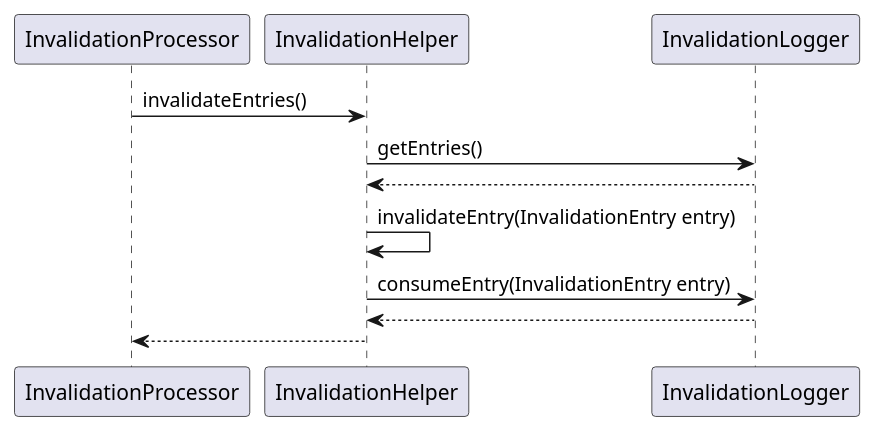
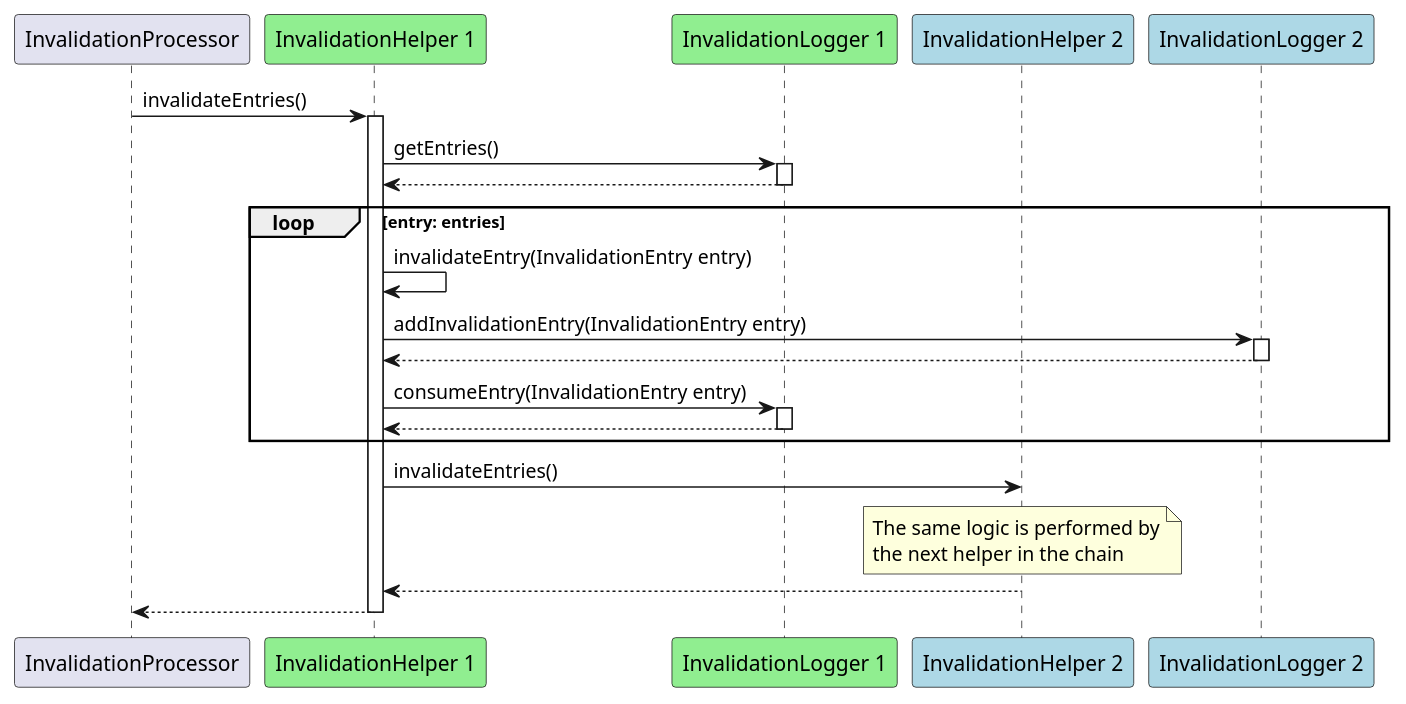
Before and after one commit to ppodgorsek/juncacher: the diagram in src/doc/uml/process_invalidation_entries.plantuml, drawn with PlantUML. The commit also changed 3 other files, not shown here.

Commit message:
Updated the UML diagrams.

```diff
--- a/src/doc/uml/process_invalidation_entries.plantuml
+++ b/src/doc/uml/process_invalidation_entries.plantuml
@@ -1,15 +1,38 @@
 @startuml
 
-InvalidationProcessor -> InvalidationHelper: invalidateEntries()
+participant "InvalidationProcessor"
+participant "InvalidationHelper 1" #lightgreen
+participant "InvalidationLogger 1" #lightgreen
+participant "InvalidationHelper 2" #lightblue
+participant "InvalidationLogger 2" #lightblue
 
-InvalidationHelper -> InvalidationLogger: getEntries()
-InvalidationLogger --> InvalidationHelper
+InvalidationProcessor -> "InvalidationHelper 1": invalidateEntries()
+activate "InvalidationHelper 1"
 
-InvalidationHelper -> InvalidationHelper: invalidateEntry(InvalidationEntry entry)
+"InvalidationHelper 1" -> "InvalidationLogger 1": getEntries()
+activate "InvalidationLogger 1"
+"InvalidationLogger 1" --> "InvalidationHelper 1"
+deactivate "InvalidationLogger 1"
 
-InvalidationHelper -> InvalidationLogger: consumeEntry(InvalidationEntry entry)
-InvalidationLogger --> InvalidationHelper
+loop entry: entries
+	"InvalidationHelper 1" -> "InvalidationHelper 1": invalidateEntry(InvalidationEntry entry)
 
-InvalidationHelper --> InvalidationProcessor
+	"InvalidationHelper 1" -> "InvalidationLogger 2": addInvalidationEntry(InvalidationEntry entry)
+	activate "InvalidationLogger 2"
+	"InvalidationLogger 2" --> "InvalidationHelper 1"
+	deactivate "InvalidationLogger 2"
+
+	"InvalidationHelper 1" -> "InvalidationLogger 1": consumeEntry(InvalidationEntry entry)
+	activate "InvalidationLogger 1"
+	"InvalidationLogger 1" --> "InvalidationHelper 1"
+	deactivate "InvalidationLogger 1"
+end
+
+"InvalidationHelper 1" -> "InvalidationHelper 2": invalidateEntries()
+note over "InvalidationHelper 2": The same logic is performed by\nthe next helper in the chain
+"InvalidationHelper 2" --> "InvalidationHelper 1"
+
+"InvalidationHelper 1" --> InvalidationProcessor
+deactivate "InvalidationHelper 1"
 
 @enduml
```
